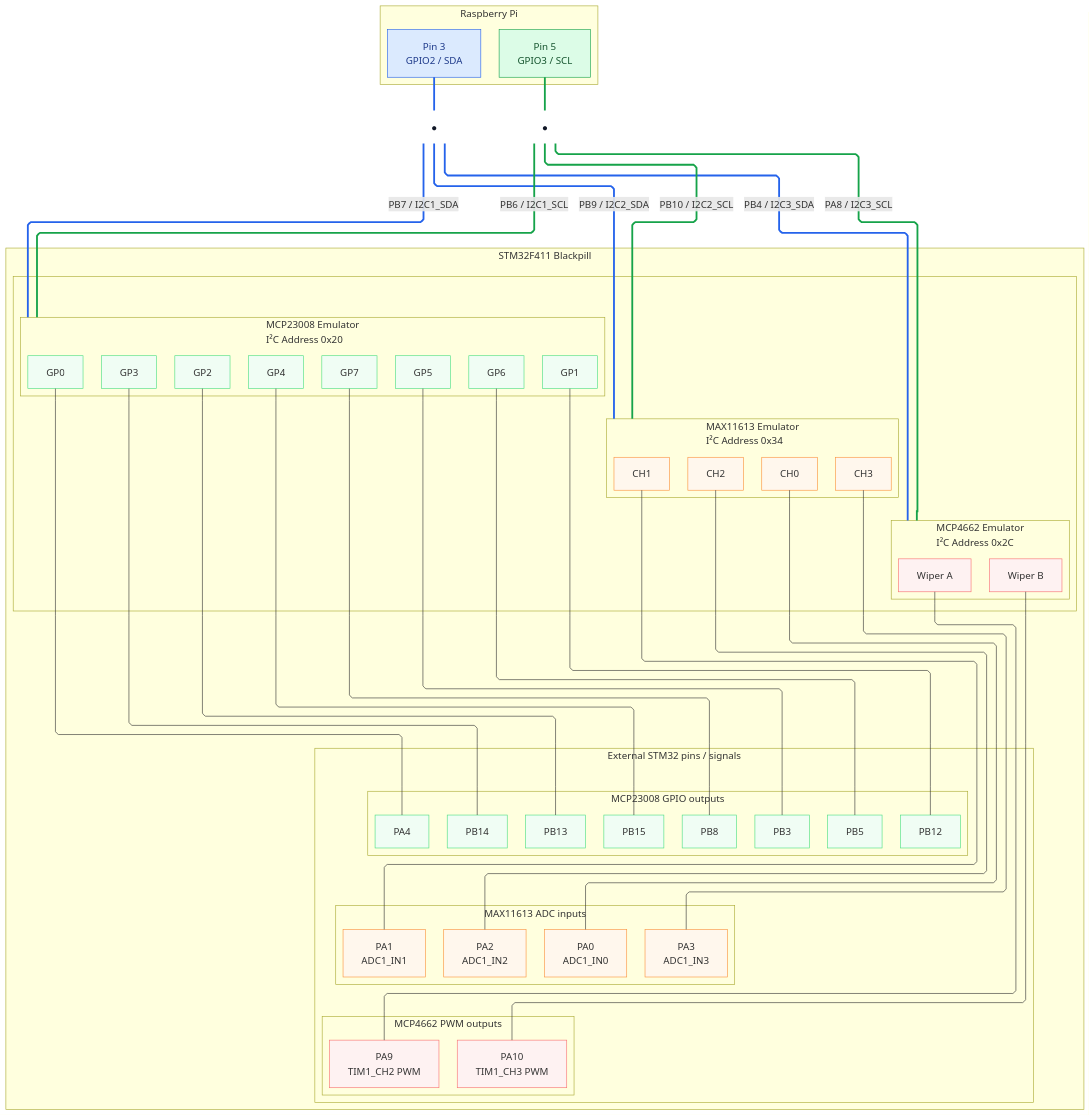
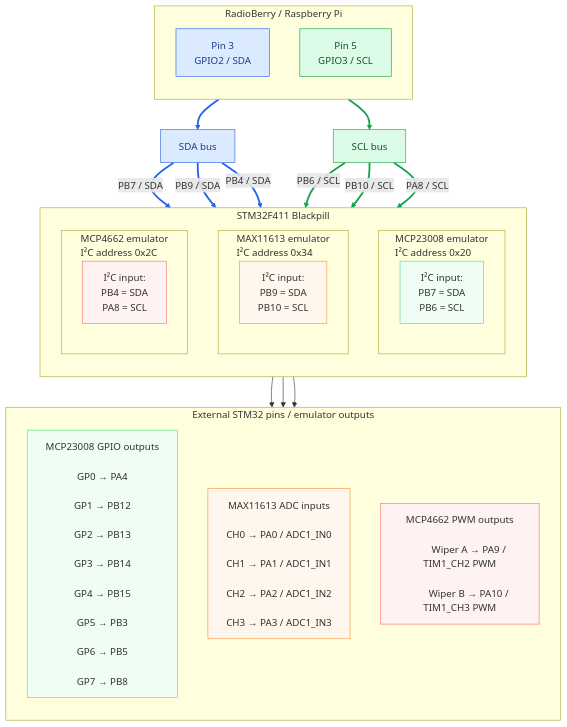
One commit to SQ5BAR/STM32-Radioberry-I2C-Expansion-Emulator changed the diagram in diagram.md. Above: the diagram before and after it, drawn with Mermaid.

````diff
--- a/diagram.md
+++ b/diagram.md
@@ -1,141 +1,115 @@
 ```mermaid
-%%{init: {"flowchart": {"defaultRenderer": "elk", "curve": "linear"}}}%%
 flowchart TB
 
-    classDef purple stroke:#a78bfa,fill:#f5f3ff;
-    classDef green stroke:#4ade80,fill:#f0fdf4;
-    classDef orange stroke:#fb923c,fill:#fff7ed;
-    classDef red stroke:#f87171,fill:#fef2f2;
+    classDef rpi stroke:#60a5fa,fill:#eff6ff;
+    classDef blackpill stroke:#9ca3af,fill:#f9fafb;
+    classDef mcp stroke:#4ade80,fill:#f0fdf4;
+    classDef max stroke:#fb923c,fill:#fff7ed;
+    classDef pot stroke:#f87171,fill:#fef2f2;
     classDef sda stroke:#2563eb,fill:#dbeafe,color:#1e3a8a;
     classDef scl stroke:#16a34a,fill:#dcfce7,color:#14532d;
-    classDef dot stroke:transparent,fill:transparent,color:#111827;
-    classDef hidden stroke:transparent,fill:transparent,color:transparent;
+    classDef bus stroke:#111827,fill:#ffffff;
 
-    %% Raspberry Pi block
-    subgraph R["Raspberry Pi"]
-    direction LR
-        P3["Pin 3<br/>GPIO2 / SDA"]:::sda
-        P5["Pin 5<br/>GPIO3 / SCL"]:::scl
+    %% =====================================================
+    %% RADIOBERRY / RASPBERRY PI
+    %% =====================================================
+
+    subgraph RB["RadioBerry / Raspberry Pi"]
+    direction TB
+        RPI_SDA["Pin 3<br/>GPIO2 / SDA"]:::sda
+        RPI_SCL["Pin 5<br/>GPIO3 / SCL"]:::scl
     end
 
-    %% Bus split points
-    SDA_DOT["●"]:::dot
-    SCL_DOT["●"]:::dot
+    %% =====================================================
+    %% SIMPLE I2C BUS
+    %% =====================================================
 
-    %% STM32F411 Blackpill block
-    subgraph B["STM32F411 Blackpill"]
+    SDA_BUS["SDA bus"]:::sda
+    SCL_BUS["SCL bus"]:::scl
+
+    RPI_SDA --> SDA_BUS
+    RPI_SCL --> SCL_BUS
+
+    %% =====================================================
+    %% BLACKPILL
+    %% =====================================================
+
+    subgraph BP["STM32F411 Blackpill"]
     direction TB
 
-        %% Emulator blocks row
-        subgraph EMU_ROW[" "]
-        direction LR
-
-            subgraph MCP["MCP23008 Emulator<br/>I²C Address 0x20"]
-            direction TB
-                GP0["GP0"]:::green
-                GP1["GP1"]:::green
-                GP2["GP2"]:::green
-                GP3["GP3"]:::green
-                GP4["GP4"]:::green
-                GP5["GP5"]:::green
-                GP6["GP6"]:::green
-                GP7["GP7"]:::green
-            end
-
-            subgraph MAX["MAX11613 Emulator<br/>I²C Address 0x34"]
-            direction TB
-                CH0["CH0"]:::orange
-                CH1["CH1"]:::orange
-                CH2["CH2"]:::orange
-                CH3["CH3"]:::orange
-            end
-
-            subgraph POT["MCP4662 Emulator<br/>I²C Address 0x2C"]
-            direction TB
-                WA["Wiper A"]:::red
-                WB["Wiper B"]:::red
-            end
+        subgraph MCP["MCP23008 emulator<br/>I²C address 0x20"]
+        direction TB
+            MCP_IN["I²C input:<br/>PB7 = SDA<br/>PB6 = SCL"]:::mcp
         end
 
-        %% Output pins row
-        subgraph OUT_ROW["External STM32 pins / signals"]
-        direction LR
+        subgraph MAX["MAX11613 emulator<br/>I²C address 0x34"]
+        direction TB
+            MAX_IN["I²C input:<br/>PB9 = SDA<br/>PB10 = SCL"]:::max
+        end
 
-            subgraph MCP_OUT["MCP23008 GPIO outputs"]
-            direction TB
-                GP0_OUT["PA4"]:::green
-                GP1_OUT["PB12"]:::green
-                GP2_OUT["PB13"]:::green
-                GP3_OUT["PB14"]:::green
-                GP4_OUT["PB15"]:::green
-                GP5_OUT["PB3"]:::green
-                GP6_OUT["PB5"]:::green
-                GP7_OUT["PB8"]:::green
-            end
-
-            subgraph MAX_OUT["MAX11613 ADC inputs"]
-            direction TB
-                CH0_OUT["PA0<br/>ADC1_IN0"]:::orange
-                CH1_OUT["PA1<br/>ADC1_IN1"]:::orange
-                CH2_OUT["PA2<br/>ADC1_IN2"]:::orange
-                CH3_OUT["PA3<br/>ADC1_IN3"]:::orange
-            end
-
-            subgraph POT_OUT["MCP4662 PWM outputs"]
-            direction TB
-                WA_OUT["PA9<br/>TIM1_CH2 PWM"]:::red
-                WB_OUT["PA10<br/>TIM1_CH3 PWM"]:::red
-            end
+        subgraph POT["MCP4662 emulator<br/>I²C address 0x2C"]
+        direction TB
+            POT_IN["I²C input:<br/>PB4 = SDA<br/>PA8 = SCL"]:::pot
         end
     end
 
-    %% SDA bus
-    P3 --- SDA_DOT
-    SDA_DOT ---|"PB7 / I2C1_SDA"| MCP
-    SDA_DOT ---|"PB9 / I2C2_SDA"| MAX
-    SDA_DOT ---|"PB4 / I2C3_SDA"| POT
+    %% =====================================================
+    %% STRAIGHT I2C CONNECTIONS
+    %% =====================================================
 
-    %% SCL bus
-    P5 --- SCL_DOT
-    SCL_DOT ---|"PB6 / I2C1_SCL"| MCP
-    SCL_DOT ---|"PB10 / I2C2_SCL"| MAX
-    SCL_DOT ---|"PA8 / I2C3_SCL"| POT
+    SDA_BUS -->|"PB7 / SDA"| MCP_IN
+    SCL_BUS -->|"PB6 / SCL"| MCP_IN
 
-    %% MCP23008 outputs below block
-    GP0 --- GP0_OUT
-    GP1 --- GP1_OUT
-    GP2 --- GP2_OUT
-    GP3 --- GP3_OUT
-    GP4 --- GP4_OUT
-    GP5 --- GP5_OUT
-    GP6 --- GP6_OUT
-    GP7 --- GP7_OUT
+    SDA_BUS -->|"PB9 / SDA"| MAX_IN
+    SCL_BUS -->|"PB10 / SCL"| MAX_IN
 
-    %% MAX11613 analog inputs below block
-    CH0 --- CH0_OUT
-    CH1 --- CH1_OUT
-    CH2 --- CH2_OUT
-    CH3 --- CH3_OUT
+    SDA_BUS -->|"PB4 / SDA"| POT_IN
+    SCL_BUS -->|"PA8 / SCL"| POT_IN
 
-    %% MCP4662 PWM outputs below block
-    WA --- WA_OUT
-    WB --- WB_OUT
+    %% =====================================================
+    %% EMULATOR OUTPUTS
+    %% =====================================================
 
-    %% Force horizontal order
-    MCP ~~~ MAX
-    MAX ~~~ POT
-    MCP_OUT ~~~ MAX_OUT
-    MAX_OUT ~~~ POT_OUT
+    subgraph OUT["External STM32 pins / emulator outputs"]
+    direction TB
 
-    %% SDA line color
+        MCP_OUT["MCP23008 GPIO outputs<br/>
+        GP0 → PA4<br/>
+        GP1 → PB12<br/>
+        GP2 → PB13<br/>
+        GP3 → PB14<br/>
+        GP4 → PB15<br/>
+        GP5 → PB3<br/>
+        GP6 → PB5<br/>
+        GP7 → PB8"]:::mcp
+
+        MAX_OUT["MAX11613 ADC inputs<br/>
+        CH0 → PA0 / ADC1_IN0<br/>
+        CH1 → PA1 / ADC1_IN1<br/>
+        CH2 → PA2 / ADC1_IN2<br/>
+        CH3 → PA3 / ADC1_IN3"]:::max
+
+        POT_OUT["MCP4662 PWM outputs<br/>
+        Wiper A → PA9 / TIM1_CH2 PWM<br/>
+        Wiper B → PA10 / TIM1_CH3 PWM"]:::pot
+    end
+
+    MCP_IN --> MCP_OUT
+    MAX_IN --> MAX_OUT
+    POT_IN --> POT_OUT
+
+    %% =====================================================
+    %% LINE COLORS
+    %% =====================================================
+
     linkStyle 0 stroke:#2563eb,stroke-width:3px;
-    linkStyle 1 stroke:#2563eb,stroke-width:3px;
+    linkStyle 1 stroke:#16a34a,stroke-width:3px;
+
     linkStyle 2 stroke:#2563eb,stroke-width:3px;
-    linkStyle 3 stroke:#2563eb,stroke-width:3px;
+    linkStyle 4 stroke:#2563eb,stroke-width:3px;
+    linkStyle 6 stroke:#2563eb,stroke-width:3px;
 
-    %% SCL line color
-    linkStyle 4 stroke:#16a34a,stroke-width:3px;
+    linkStyle 3 stroke:#16a34a,stroke-width:3px;
     linkStyle 5 stroke:#16a34a,stroke-width:3px;
-    linkStyle 6 stroke:#16a34a,stroke-width:3px;
     linkStyle 7 stroke:#16a34a,stroke-width:3px;
 ```
````
